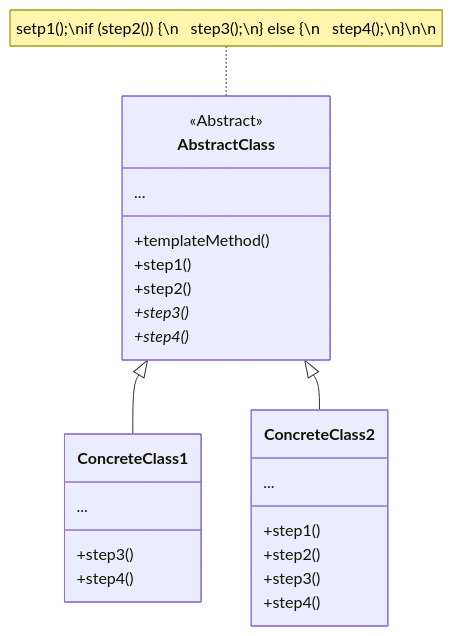
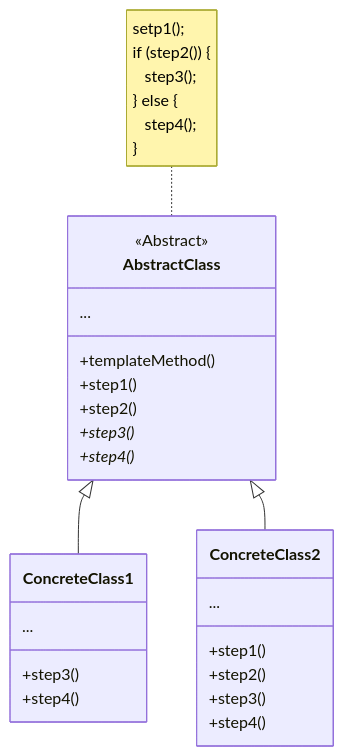
One commit to bingyangchen/KM-software changed the diagram in System Design/Design Pattern/Template Method.md. Above: the diagram before and after it, drawn with Mermaid. The commit also changed 32 other files, not shown here.

````diff
--- a/System Design/Design Pattern/Template Method.md
+++ b/System Design/Design Pattern/Template Method.md
@@ -23,27 +23,27 @@
 ```mermaid
 classDiagram
     class AbstractClass {
         <<Abstract>>
         ...
         +templateMethod()
         +step1()
         +step2()
         +step3()*
         +step4()*
     }
-    note for AbstractClass "setp1();\nif (step2()) {\n&emsp;step3();\n} else {\n&emsp;step4();\n}\n\n"
+    note for AbstractClass "setp1();<br/>if (step2()) {<br/>&emsp;step3();<br/>} else {<br/>&emsp;step4();<br/>}<br/>"
     AbstractClass <|-- ConcreteClass1
     AbstractClass <|-- ConcreteClass2
     class ConcreteClass1{
         ...
         +step3()
         +step4()
     }
     class ConcreteClass2{
         ...
         +step1()
         +step2()
         +step3()
         +step4()
     }
 ```
````
